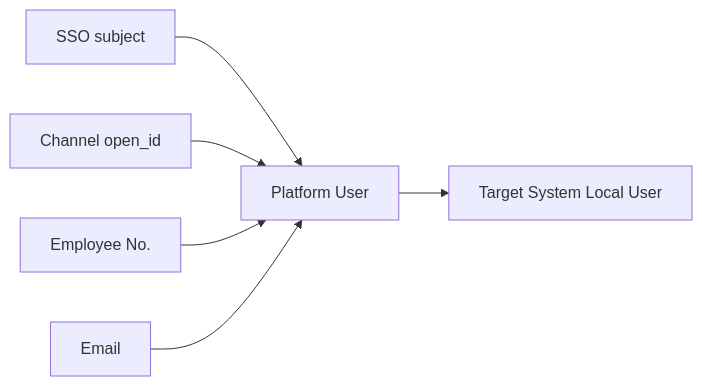
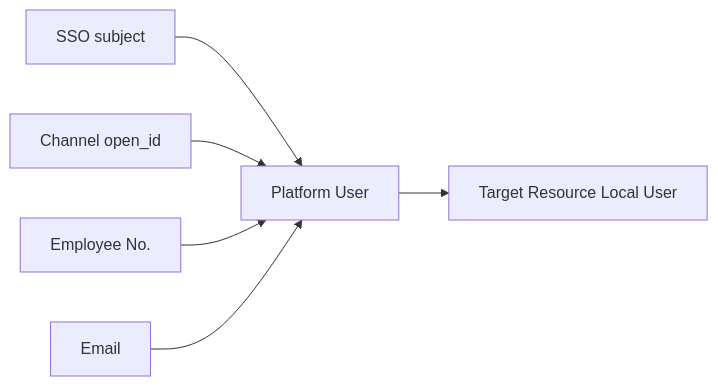
One commit to renxqoo/Authany changed the diagram in demand/07-module-user.md. Above: the diagram before and after it, drawn with Mermaid. The commit also changed 310 other files, not shown here.

Commit message:
feat: harden security flows and reorganize example apps

````diff
--- a/demand/07-module-user.md
+++ b/demand/07-module-user.md
@@ -61,8 +61,8 @@
 ```mermaid
 flowchart LR
     EXT1["SSO subject"] --> U["Platform User"]
     EXT2["Channel open_id"] --> U
     EXT3["Employee No."] --> U
     EXT4["Email"] --> U
-    U --> LOCAL["Target System Local User"]
+    U --> LOCAL["Target Resource Local User"]
 ```
````
